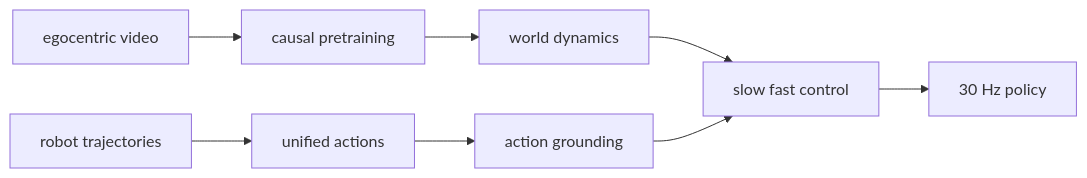
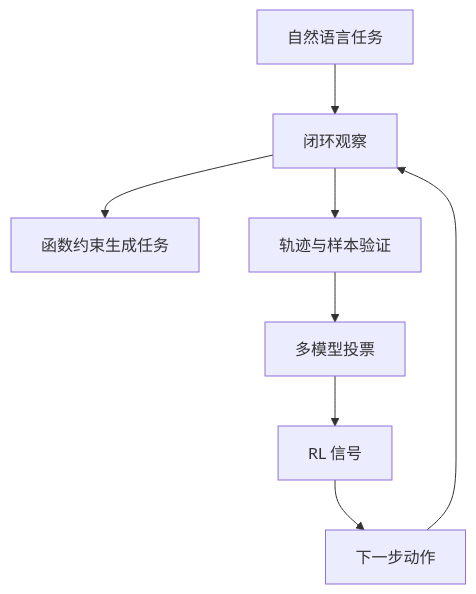
One commit to Solvement/jarvis-digest changed the fourth of 18 diagrams in digests/2026-09-02.md. Above: the diagram before and after it, drawn with Mermaid. The commit also changed other lines of this file and 4 other files, not shown here.

````diff
--- a/digests/2026-09-02.md
+++ b/digests/2026-09-02.md
@@ -113,10 +112,10 @@
 ```mermaid
-graph LR
-A[egocentric video] --> B[causal pretraining]
-C[robot trajectories] --> D[unified actions]
-B --> E[world dynamics]
-D --> F[action grounding]
-E --> G[slow fast control]
-F --> G
-G --> H[30 Hz policy]
+graph TD
+A[自然语言任务] --> B[闭环观察]
+B --> C[函数约束生成任务]
+B --> D[轨迹与样本验证]
+D --> E[多模型投票]
+E --> F[RL 信号]
+F --> G[下一步动作]
+G --> B
 ```
````
